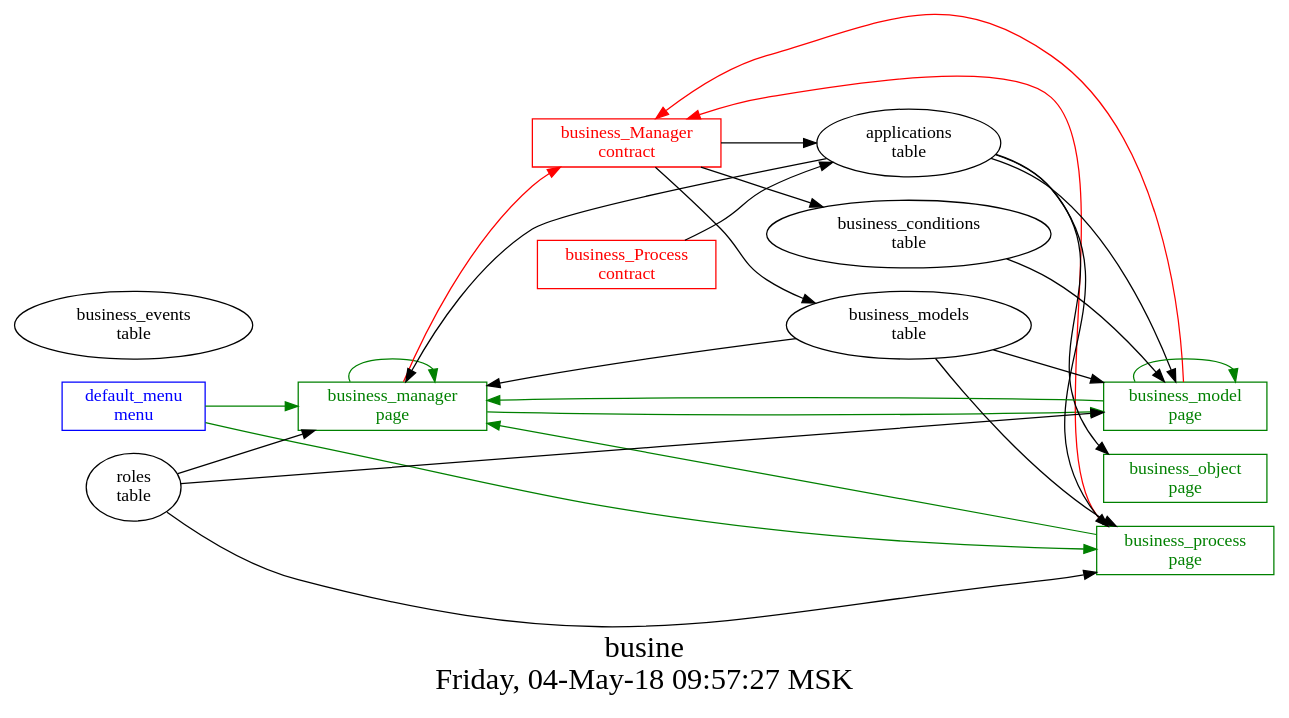
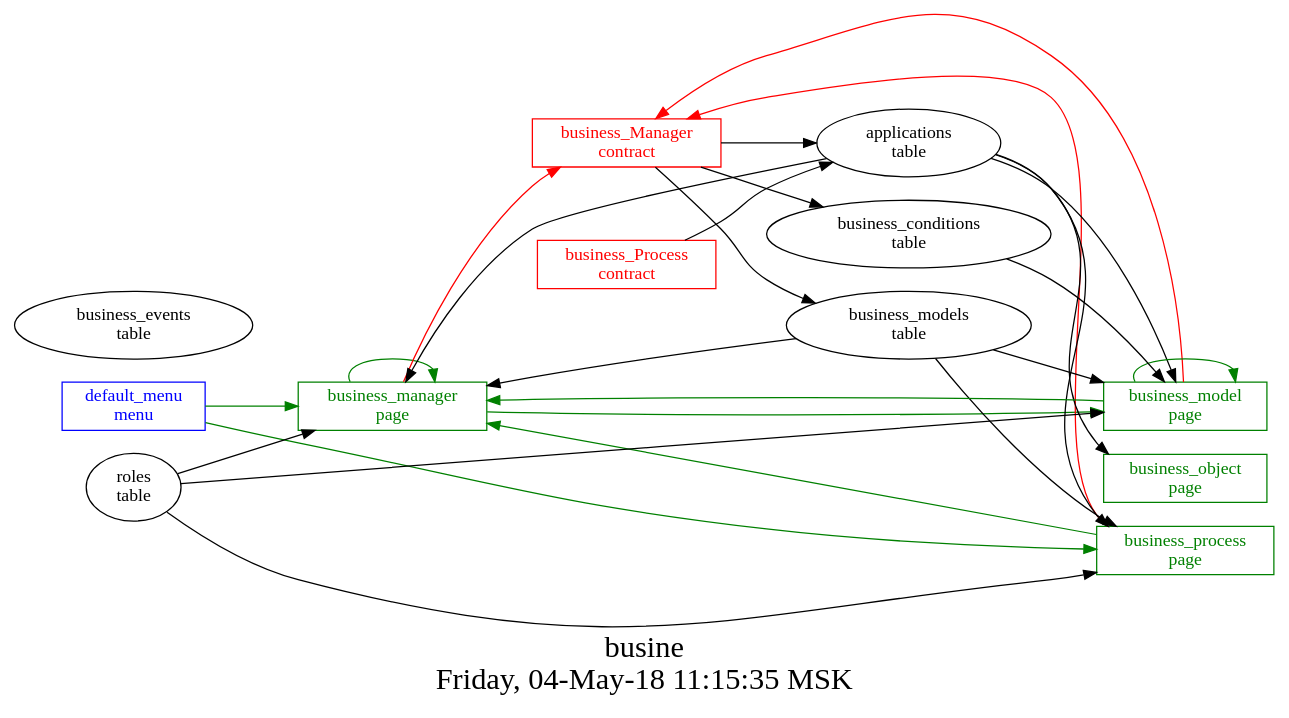
One commit to AplaProject/apps changed the diagram in src/business/struct.dot. Above: the diagram before and after it, drawn with Graphviz. The commit also changed 2 other files, not shown here.

```diff
--- a/src/business/struct.dot
+++ b/src/business/struct.dot
@@ -1,45 +1,45 @@
 digraph G {
 graph [
   fontsize="24";
-  label="busine\nFriday, 04-May-18 09:57:27 MSK";
+  label="busine\nFriday, 04-May-18 11:15:35 MSK";
   nojustify=true;
   ordering=out;
   rankdir=LR;
   size="30";
 ];
 "default_menu\nmenu" -> "business_manager\npage"  [ color=green ]
 "default_menu\nmenu" -> "business_process\npage"  [ color=green ]
 "default_menu\nmenu" [color=blue, fontcolor=blue, group=menus, shape=record];
 "business_manager\npage" -> "business_Manager\ncontract"  [ color=red ]
 "applications\ntable" -> "business_manager\npage"  [ color="" ]
 "roles\ntable" -> "business_manager\npage"  [ color="" ]
 "business_models\ntable" -> "business_manager\npage"  [ color="" ]
 "business_manager\npage" -> "business_model\npage"  [ color=green ]
 "business_manager\npage" -> "business_manager\npage"  [ color=green ]
 "business_manager\npage" [color=green, fontcolor=green, group=pages, shape=record];
 "business_model\npage" -> "business_Manager\ncontract"  [ color=red ]
 "applications\ntable" -> "business_model\npage"  [ color="" ]
 "roles\ntable" -> "business_model\npage"  [ color="" ]
 "business_models\ntable" -> "business_model\npage"  [ color="" ]
 "business_conditions\ntable" -> "business_model\npage"  [ color="" ]
 "business_model\npage" -> "business_model\npage"  [ color=green ]
 "business_model\npage" -> "business_manager\npage"  [ color=green ]
 "business_model\npage" [color=green, fontcolor=green, group=pages, shape=record];
 "applications\ntable" -> "business_object\npage"  [ color="" ]
 "business_object\npage" [color=green, fontcolor=green, group=pages, shape=record];
 "business_process\npage" -> "business_Manager\ncontract"  [ color=red ]
 "applications\ntable" -> "business_process\npage"  [ color="" ]
 "roles\ntable" -> "business_process\npage"  [ color="" ]
 "business_models\ntable" -> "business_process\npage"  [ color="" ]
 "business_process\npage" -> "business_manager\npage"  [ color=green ]
 "business_process\npage" [color=green, fontcolor=green, group=pages, shape=record];
 "business_Manager\ncontract" -> "applications\ntable"  [ color="" ]
 "business_Manager\ncontract" -> "business_conditions\ntable"  [ color="" ]
 "business_Manager\ncontract" -> "business_models\ntable"  [ color="" ]
 "business_Manager\ncontract" [color=red, fontcolor=red, group=contracts, shape=record];
 "business_Process\ncontract" -> "applications\ntable"  [ color="" ]
 "business_Process\ncontract" [color=red, fontcolor=red, group=contracts, shape=record];
 "business_conditions\ntable" [color="", fontcolor="", group=tables, shape=""];
 "business_events\ntable" [color="", fontcolor="", group=tables, shape=""];
 "business_models\ntable" [color="", fontcolor="", group=tables, shape=""];
 }
```
